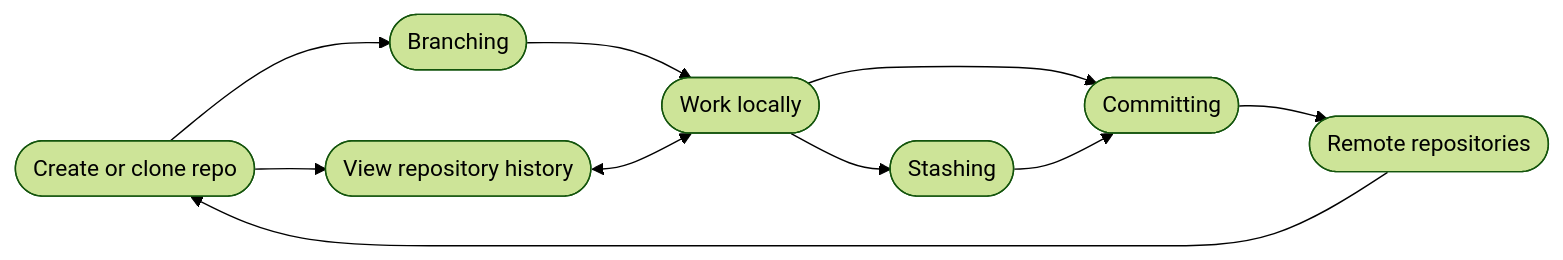
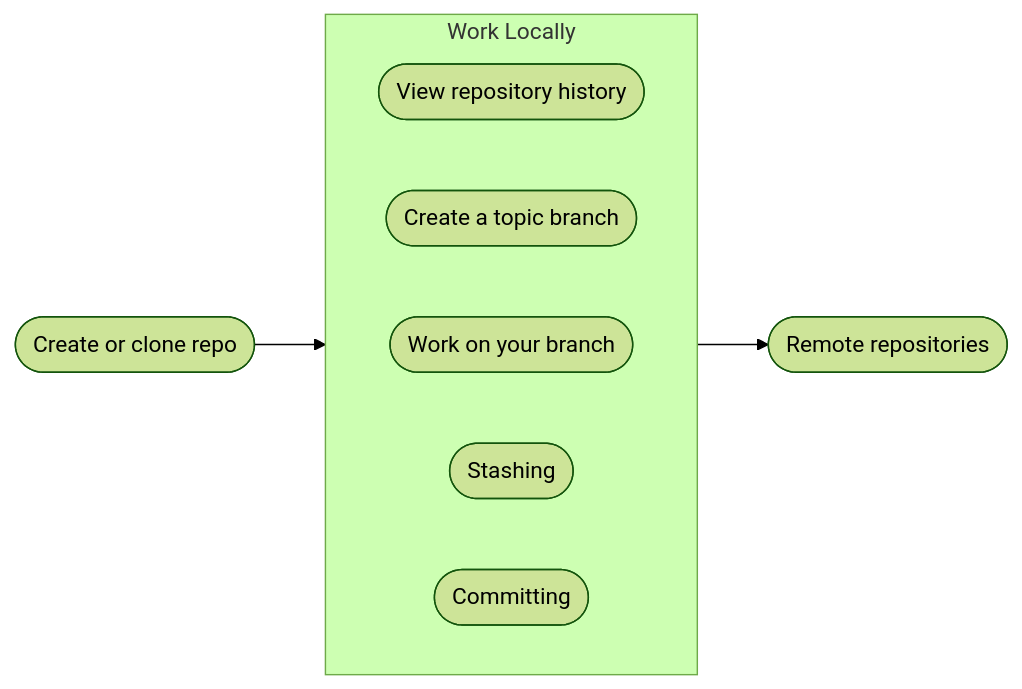
The diagram in gitref/gitref.md (xcomfan/xcomfan.github.io), drawn with Mermaid (forest theme) before and after one commit. The commit also changed 1 other file, not shown here.

Commit message:
mermaid reorg

```diff
--- a/gitref/gitref.md
+++ b/gitref/gitref.md
@@ -15,29 +15,28 @@
 {% mermaid %}
  flowchart LR
+    
+    subgraph work_local_sub [Work Locally]
+        direction LR
+        history([View repository history])
+        branching([Create a topic branch])
+        work([Work on your branch])
+        stashing([Stashing])
+        commit([Committing])
+    end
+
     init([Create or clone repo])
-    branching([Branching])
-    work([Work locally])
-    stashing([Stashing ])
-    history([View repository history])
-    commit([Committing])
+    
     remotes([Remote repositories])
     
     click init "{% link gitref/init.md %}"
     click branching "{% link gitref/branching/branching.md %}"
     click work "{% link gitref/work.md %}"
     click stashing "{% link gitref/stashing.md %}"
     click history "{% link gitref/repo_history/repo_history.md %}"
     click commit "{% link gitref/commit.md %}"
     click remotes "{% link gitref/remotes.md%}"
 
-    init-->branching
-    init-->history
-    branching-->work
-    history<-->work
-    work-->commit
-    work-->stashing
-    stashing-->commit
-    commit-->remotes
-    remotes-->init
+    init-->work_local_sub
+    work_local_sub-->remotes
     
 {% endmermaid %}
```
